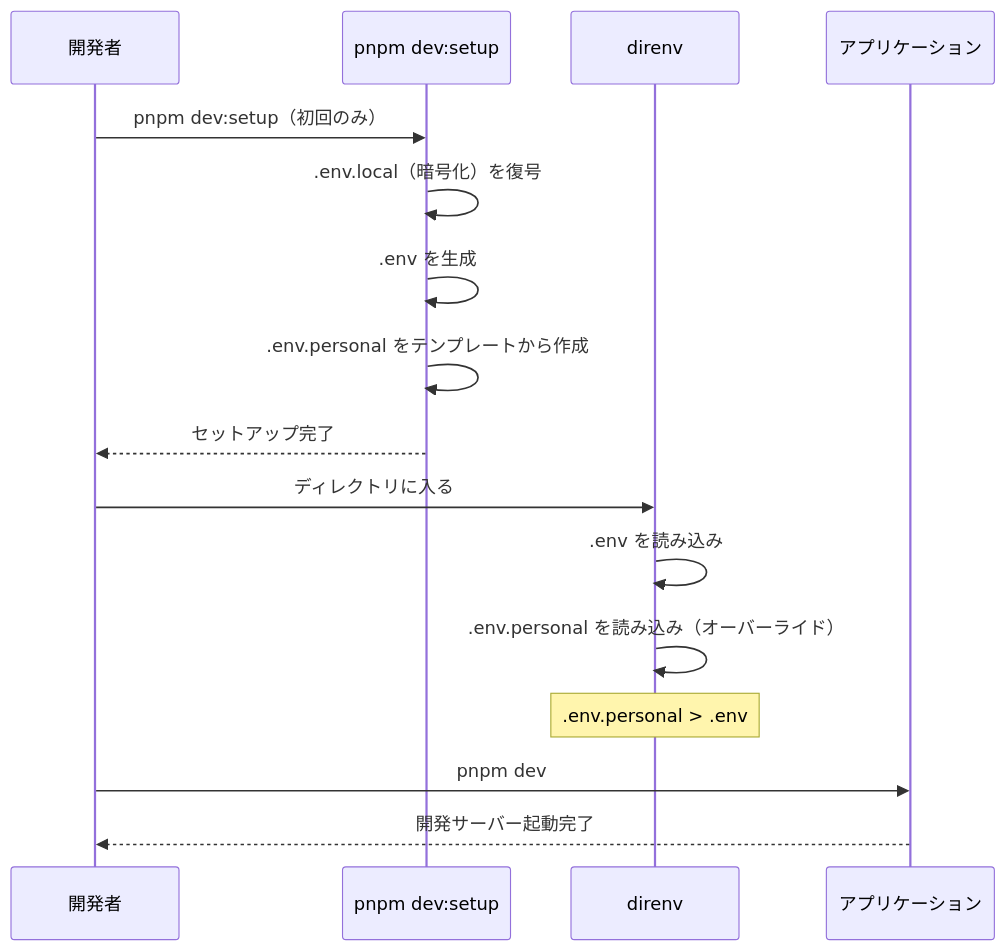
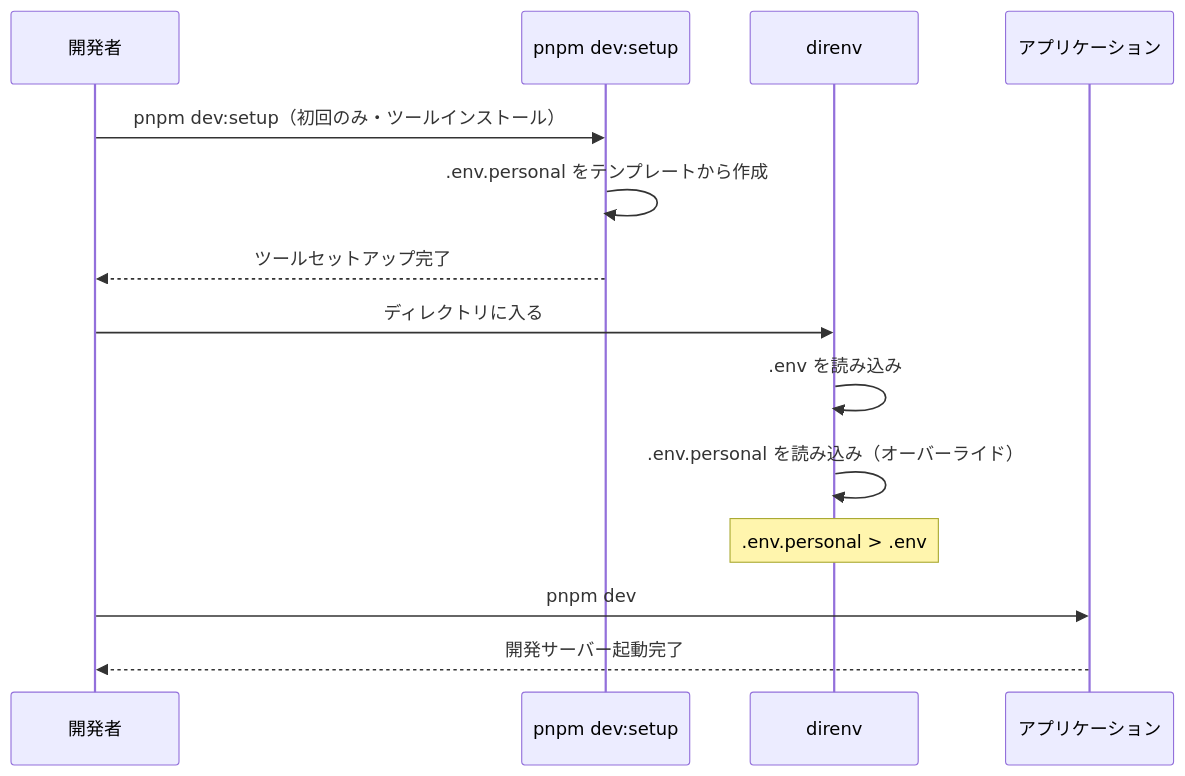
Before and after one commit to einja-inc/einja-management-template: the diagram in docs/einja/steering/infrastructure/environment-variables.md, drawn with Mermaid. The commit also changed other lines of this file and 16 other files, not shown here.

````diff
--- a/docs/einja/steering/infrastructure/environment-variables.md
+++ b/docs/einja/steering/infrastructure/environment-variables.md
@@ -203,21 +203,19 @@
 ```mermaid
 sequenceDiagram
     participant Dev as 開発者
     participant Setup as pnpm dev:setup
     participant Direnv as direnv
     participant App as アプリケーション
 
-    Dev->>Setup: pnpm dev:setup（初回のみ）
-    Setup->>Setup: .env.local（暗号化）を復号
-    Setup->>Setup: .env を生成
+    Dev->>Setup: pnpm dev:setup（初回のみ・ツールインストール）
     Setup->>Setup: .env.personal をテンプレートから作成
-    Setup-->>Dev: セットアップ完了
+    Setup-->>Dev: ツールセットアップ完了
 
     Dev->>Direnv: ディレクトリに入る
     Direnv->>Direnv: .env を読み込み
     Direnv->>Direnv: .env.personal を読み込み（オーバーライド）
     Note over Direnv: .env.personal > .env
 
     Dev->>App: pnpm dev
     App-->>Dev: 開発サーバー起動完了
 ```
````
